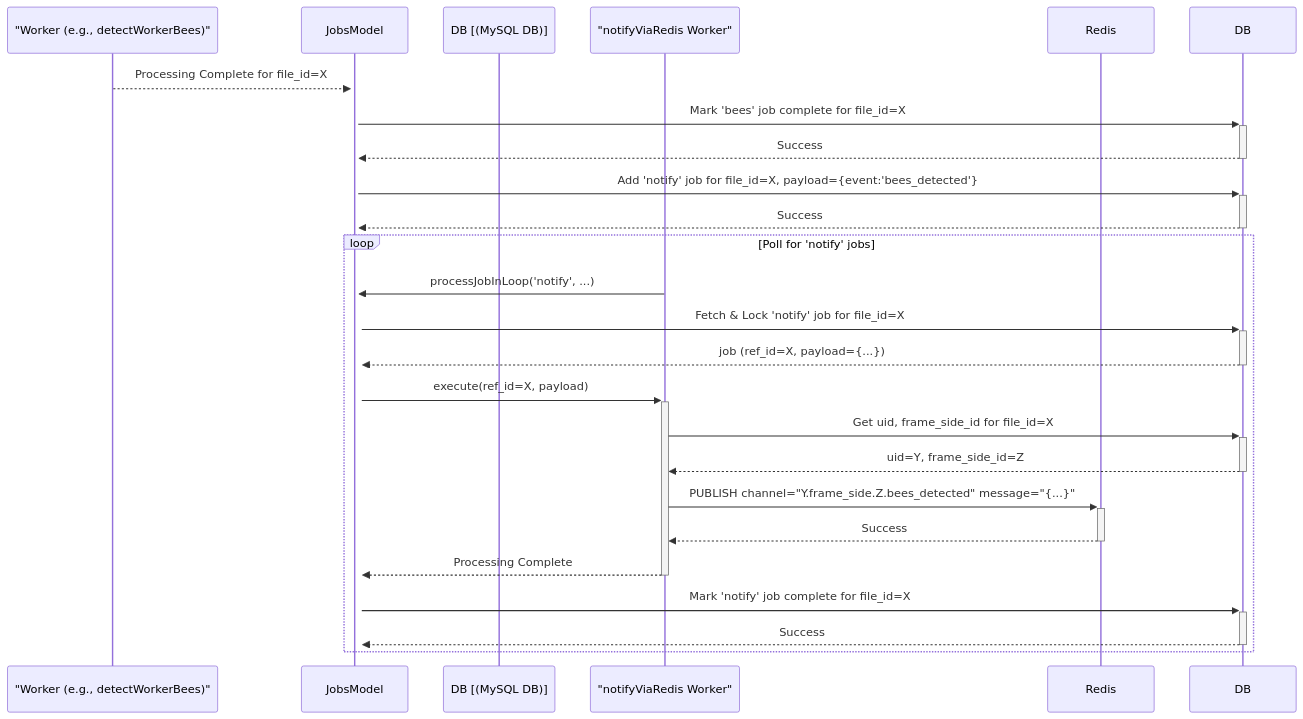
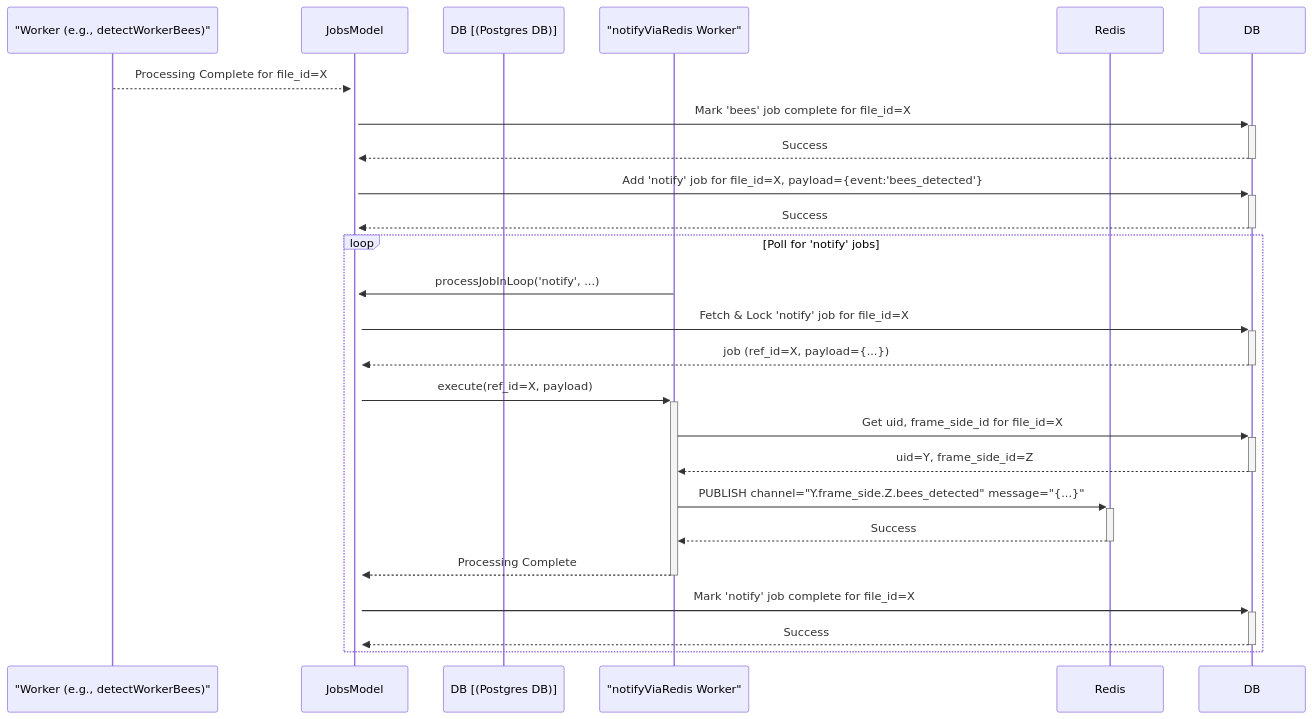
Before and after one commit to Gratheon/image-splitter: the fifth of 5 diagrams in README.md, drawn with Mermaid. The commit also changed other lines of this file and 63 other files, not shown here.

````diff
--- a/README.md
+++ b/README.md
@@ -501,29 +501,29 @@
 ```mermaid
 sequenceDiagram
     participant Worker as "Worker (e.g., detectWorkerBees)"
     participant JobsModel
-    participant DB [(MySQL DB)]
+    participant DB [(Postgres DB)]
     participant notifyViaRedis as "notifyViaRedis Worker"
     participant Redis
 
     Worker-->>+JobsModel: Processing Complete for file_id=X
     JobsModel->>+DB: Mark 'bees' job complete for file_id=X
     DB-->>-JobsModel: Success
     JobsModel->>+DB: Add 'notify' job for file_id=X, payload={event:'bees_detected'}
     DB-->>-JobsModel: Success
 
     loop Poll for 'notify' jobs
         notifyViaRedis->>+JobsModel: processJobInLoop('notify', ...)
         JobsModel->>+DB: Fetch & Lock 'notify' job for file_id=X
         DB-->>-JobsModel: job (ref_id=X, payload={...})
         JobsModel->>+notifyViaRedis: execute(ref_id=X, payload)
         notifyViaRedis->>+DB: Get uid, frame_side_id for file_id=X
         DB-->>-notifyViaRedis: uid=Y, frame_side_id=Z
         notifyViaRedis->>+Redis: PUBLISH channel="Y.frame_side.Z.bees_detected" message="{...}"
         Redis-->>-notifyViaRedis: Success
         notifyViaRedis-->>-JobsModel: Processing Complete
         JobsModel->>+DB: Mark 'notify' job complete for file_id=X
         DB-->>-JobsModel: Success
     end
 
 ```
````
